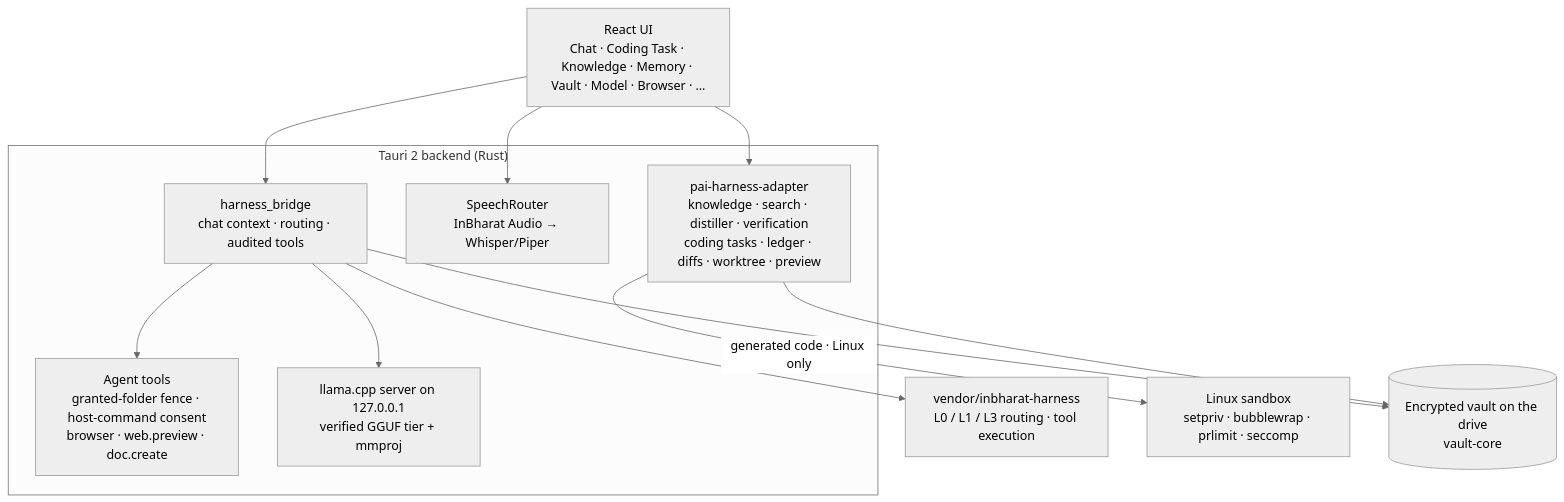
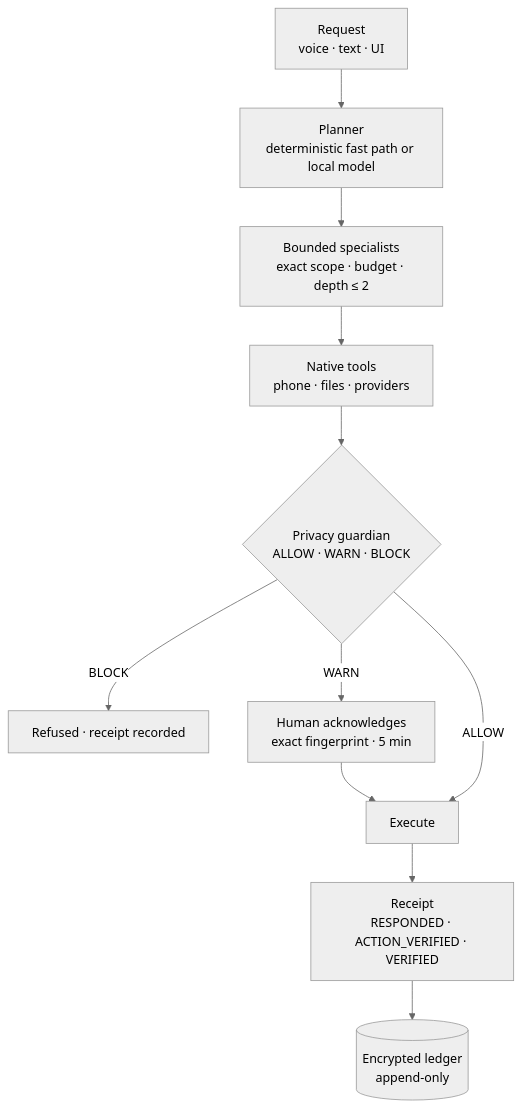
Before and after one commit to inbharatai/PAI.V2: the second of 4 diagrams in README.md, drawn with Mermaid (neutral theme). The commit also changed other lines of this file and 680 other files, not shown here.

````diff
--- a/README.md
+++ b/README.md
@@ -117,23 +79,13 @@
 ```mermaid
 flowchart TB
-    UI["React UI<br/>Chat · Coding Task · Knowledge · Memory · Vault · Model · Browser · …"]
-    subgraph RUST["Tauri 2 backend (Rust)"]
-        BRIDGE["harness_bridge<br/>chat context · routing · audited tools"]
-        TOOLS["Agent tools<br/>granted-folder fence · host-command consent<br/>browser · web.preview · doc.create"]
-        LLAMA["llama.cpp server on 127.0.0.1<br/>verified GGUF tier + mmproj"]
-        SPEECH["SpeechRouter<br/>InBharat Audio → Whisper/Piper"]
-        ADAPTER["pai-harness-adapter<br/>knowledge · search · distiller · verification<br/>coding tasks · ledger · diffs · worktree · preview"]
-    end
-    HARNESS["vendor/inbharat-harness<br/>L0 / L1 / L3 routing · tool execution"]
-    SANDBOX["Linux sandbox<br/>setpriv · bubblewrap · prlimit · seccomp"]
-    VAULT[("Encrypted vault on the drive<br/>vault-core")]
-    UI --> BRIDGE
-    UI --> ADAPTER
-    BRIDGE --> HARNESS
-    BRIDGE --> TOOLS
-    BRIDGE --> LLAMA
-    UI --> SPEECH
-    ADAPTER -->|"generated code · Linux only"| SANDBOX
-    BRIDGE --> VAULT
-    ADAPTER --> VAULT
+    REQ["Request<br/>voice · text · UI"] --> PLAN["Planner<br/>deterministic fast path or local model"]
+    PLAN --> SPEC["Bounded specialists<br/>exact scope · budget · depth ≤ 2"]
+    SPEC --> TOOLS["Native tools<br/>phone · files · providers"]
+    TOOLS --> GUARD{"Privacy guardian<br/>ALLOW · WARN · BLOCK"}
+    GUARD -->|"BLOCK"| STOP["Refused · receipt recorded"]
+    GUARD -->|"WARN"| ACK["Human acknowledges<br/>exact fingerprint · 5 min"]
+    ACK --> EXEC["Execute"]
+    GUARD -->|"ALLOW"| EXEC
+    EXEC --> RCPT["Receipt<br/>RESPONDED · ACTION_VERIFIED · VERIFIED"]
+    RCPT --> LEDGER[("Encrypted ledger<br/>append-only")]
 ```
````
